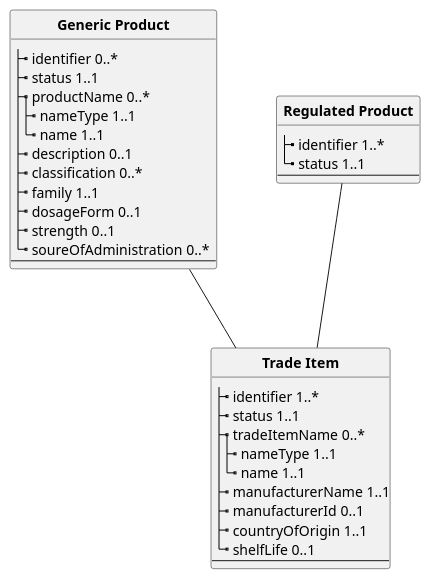
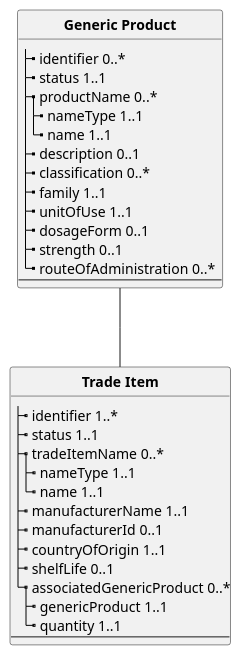
The diagram in input/images-source/product-model.plantuml (WorldHealthOrganization/smart-pcmt), drawn with PlantUML before and after one commit. The commit also changed 5 other files, not shown here.

```diff
--- a/input/images-source/product-model.plantuml
+++ b/input/images-source/product-model.plantuml
@@ -1,63 +1,57 @@
 @startuml
 'skinparam linetype ortho
 skinparam linetype polyline
 hide circle
 hide stereotype
 
 '!pragma layout smetana
 
 skinparam class<<MD>> {
  BorderColor DarkSlateGray
  BackgroundColor WhiteSmoke
  HeaderBackgroundColor #909090
 }
 
 skinparam class<<TM>> {
  BorderColor #505090
  BackgroundColor APPLICATION
  HeaderBackgroundColor SkyBlue
 }
 
     class "** Generic Product **" as GP {
         |_ identifier 0..* 
         |_ status 1..1
         |_ productName 0..*
           |_ nameType 1..1
           |_ name 1..1
         |_ description 0..1
         |_ classification 0..*
         |_ family 1..1
+        |_ unitOfUse 1..1
         |_ dosageForm 0..1
         |_ strength 0..1
-        |_ soureOfAdministration 0..*  
-        --
-    }
-
-    class "** Regulated Product **" as RP {
-            |_ identifier 1..*  
-            |_ status 1..1
+        |_ routeOfAdministration 0..*  
         --
     }
 
 
     class "**Trade Item**" as TI {
             |_ identifier 1..*  
             |_ status 1..1
             |_ tradeItemName 0..*
               |_ nameType 1..1
               |_ name 1..1
             |_ manufacturerName 1..1
             |_ manufacturerId 0..1
             |_ countryOfOrigin 1..1
             |_ shelfLife 0..1
+            |_ associatedGenericProduct 0..*
+              |_ genericProduct 1..1
+              |_ quantity 1..1
           --
     }
 
-GP -r[hidden]- RP :"       "
-RP -d[hidden]- TI : "  "
-
 
 GP -- TI :"         "
-TI -- RP : "  "
 
 @enduml
```
